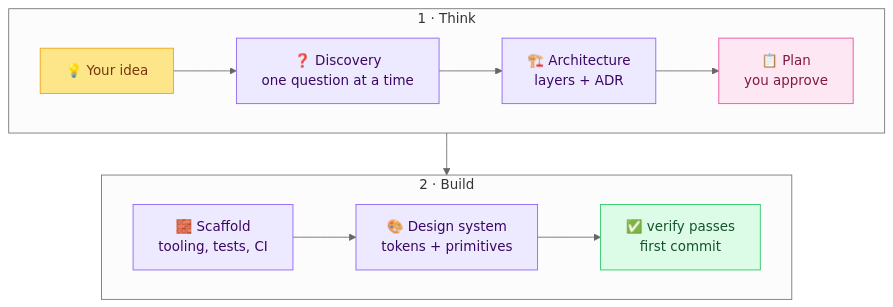
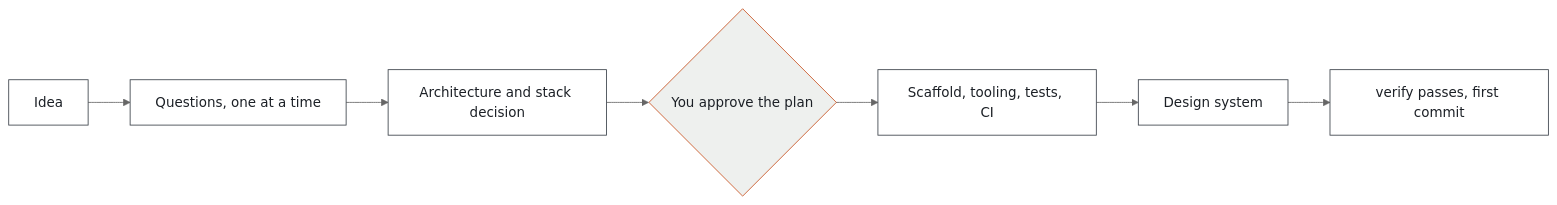
One commit to vikrampratapsinghraghav/project-forge changed the diagram in README.md. Above: the diagram before and after it, drawn with Mermaid (neutral theme). The commit also changed other lines of this file and 14 other files, not shown here.

````diff
--- a/README.md
+++ b/README.md
@@ -85,17 +42,9 @@
 ```mermaid
-flowchart TB
-    subgraph S1 [" 1 · Think "]
-      direction LR
-      A["💡 Your idea"]:::idea --> B["❓ Discovery<br/>one question at a time"]:::step --> C["🏗️ Architecture<br/>layers + ADR"]:::step --> D["📋 Plan<br/>you approve"]:::gate
-    end
-    subgraph S2 [" 2 · Build "]
-      direction LR
-      E["🧱 Scaffold<br/>tooling, tests, CI"]:::step --> F["🎨 Design system<br/>tokens + primitives"]:::step --> G["✅ verify passes<br/>first commit"]:::done
-    end
-    S1 --> S2
+flowchart LR
+    A[Idea] --> B[Questions, one at a time] --> C[Architecture and stack decision] --> D{You approve the plan}
+    D --> E[Scaffold, tooling, tests, CI] --> F[Design system] --> G[verify passes, first commit]
 
-    classDef idea fill:#fde68a,stroke:#f59e0b,color:#78350f
-    classDef step fill:#ede9fe,stroke:#8b5cf6,color:#3b0764
-    classDef gate fill:#fce7f3,stroke:#ec4899,color:#831843
-    classDef done fill:#dcfce7,stroke:#22c55e,color:#14532d
+    classDef default fill:#FFFFFF,stroke:#3A4049,color:#1C2026
+    classDef gate fill:#EEF0EE,stroke:#C8501E,color:#1C2026
+    class D gate
 ```
````
